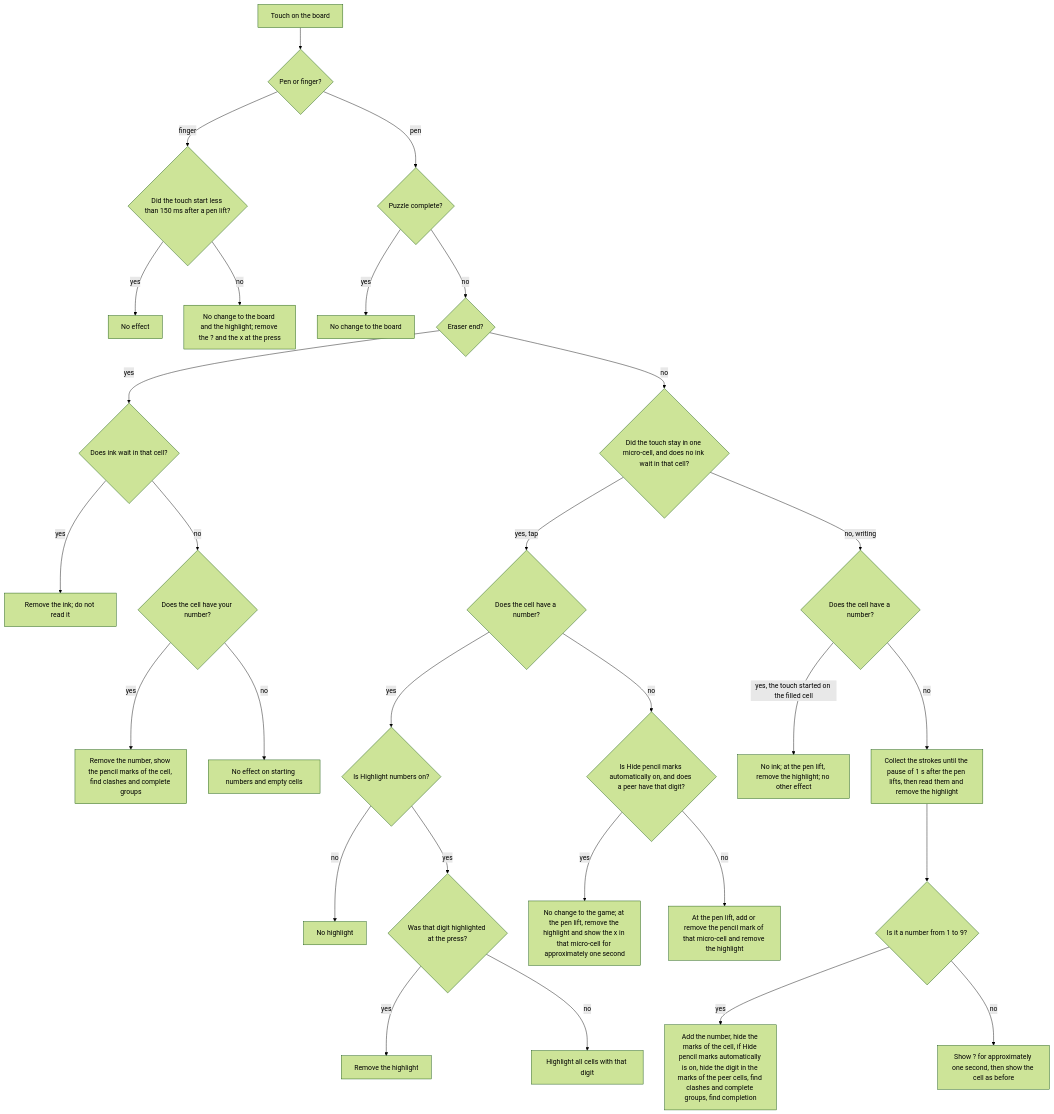
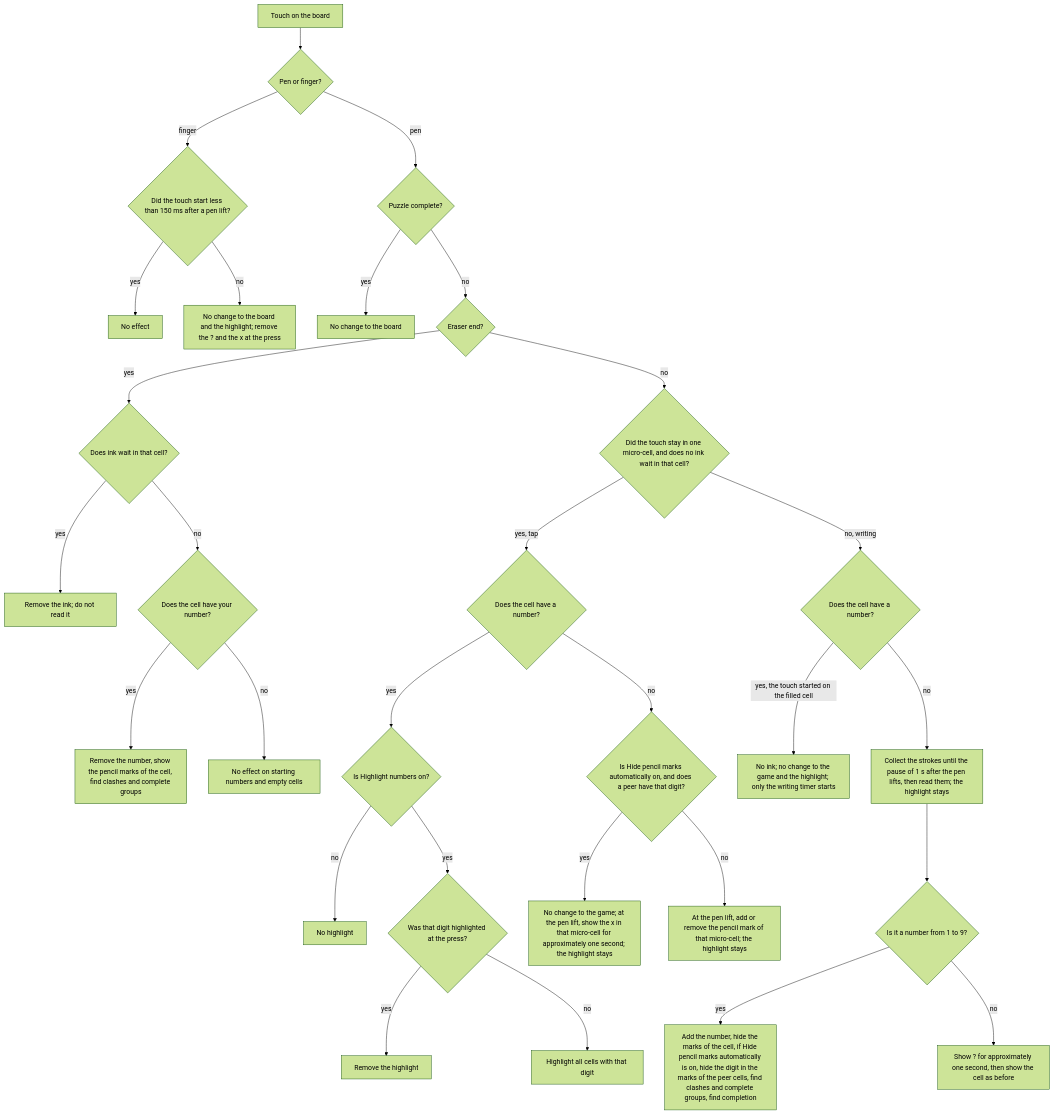
The fourth of 14 diagrams in REQUIREMENTS.md (garbles/sudoku), drawn with Mermaid (forest theme) before and after one commit. The commit also changed other lines of this file and 20 other files, not shown here.

````diff
--- a/REQUIREMENTS.md
+++ b/REQUIREMENTS.md
@@ -517,31 +518,31 @@
 ```mermaid
 flowchart TD
     A[Touch on the board] --> B{Pen or finger?}
     B -- finger --> BH{Did the touch start less than 150 ms after a pen lift?}
     BH -- yes --> X0[No effect]
     BH -- no --> X[No change to the board and the highlight; remove the ? and the x at the press]
     B -- pen --> C{Puzzle complete?}
     C -- yes --> X2[No change to the board]
     C -- no --> D{Eraser end?}
     D -- yes --> EW{Does ink wait in that cell?}
     EW -- yes --> EI[Remove the ink; do not read it]
     EW -- no --> E{Does the cell have your number?}
     E -- yes --> E1[Remove the number, show the pencil marks of the cell, find clashes and complete groups]
     E -- no --> X3[No effect on starting numbers and empty cells]
     D -- no --> F{Did the touch stay in one micro-cell, and does no ink wait in that cell?}
     F -- yes, tap --> G{Does the cell have a number?}
     G -- yes --> GS{Is Highlight numbers on?}
     GS -- no --> X5[No highlight]
     GS -- yes --> G0{Was that digit highlighted at the press?}
     G0 -- yes --> G3[Remove the highlight]
     G0 -- no --> G1[Highlight all cells with that digit]
     G -- no --> GR{Is Hide pencil marks automatically on, and does a peer have that digit?}
-    GR -- yes --> GX[No change to the game; at the pen lift, remove the highlight and show the x in that micro-cell for approximately one second]
-    GR -- no --> G2[At the pen lift, add or remove the pencil mark of that micro-cell and remove the highlight]
+    GR -- yes --> GX[No change to the game; at the pen lift, show the x in that micro-cell for approximately one second; the highlight stays]
+    GR -- no --> G2[At the pen lift, add or remove the pencil mark of that micro-cell; the highlight stays]
     F -- no, writing --> H{Does the cell have a number?}
-    H -- yes, the touch started on the filled cell --> X4[No ink; at the pen lift, remove the highlight; no other effect]
-    H -- no --> I[Collect the strokes until the pause of 1 s after the pen lifts, then read them and remove the highlight]
+    H -- yes, the touch started on the filled cell --> X4[No ink; no change to the game and the highlight; only the writing timer starts]
+    H -- no --> I[Collect the strokes until the pause of 1 s after the pen lifts, then read them; the highlight stays]
     I --> J{Is it a number from 1 to 9?}
     J -- yes --> K[Add the number, hide the marks of the cell, if Hide pencil marks automatically is on, hide the digit in the marks of the peer cells, find clashes and complete groups, find completion]
     J -- no --> L[Show ? for approximately one second, then show the cell as before]
 ```
````
